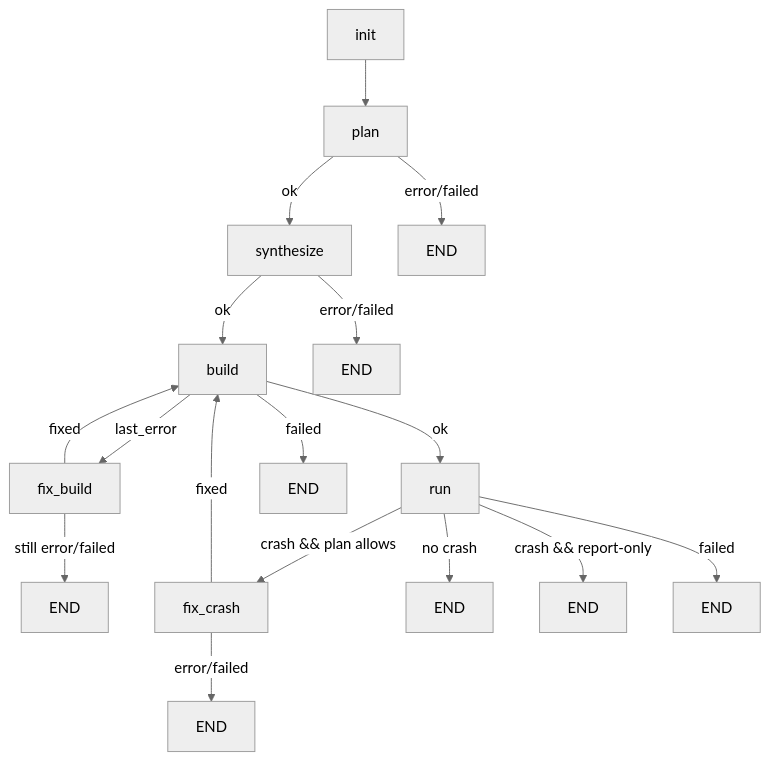
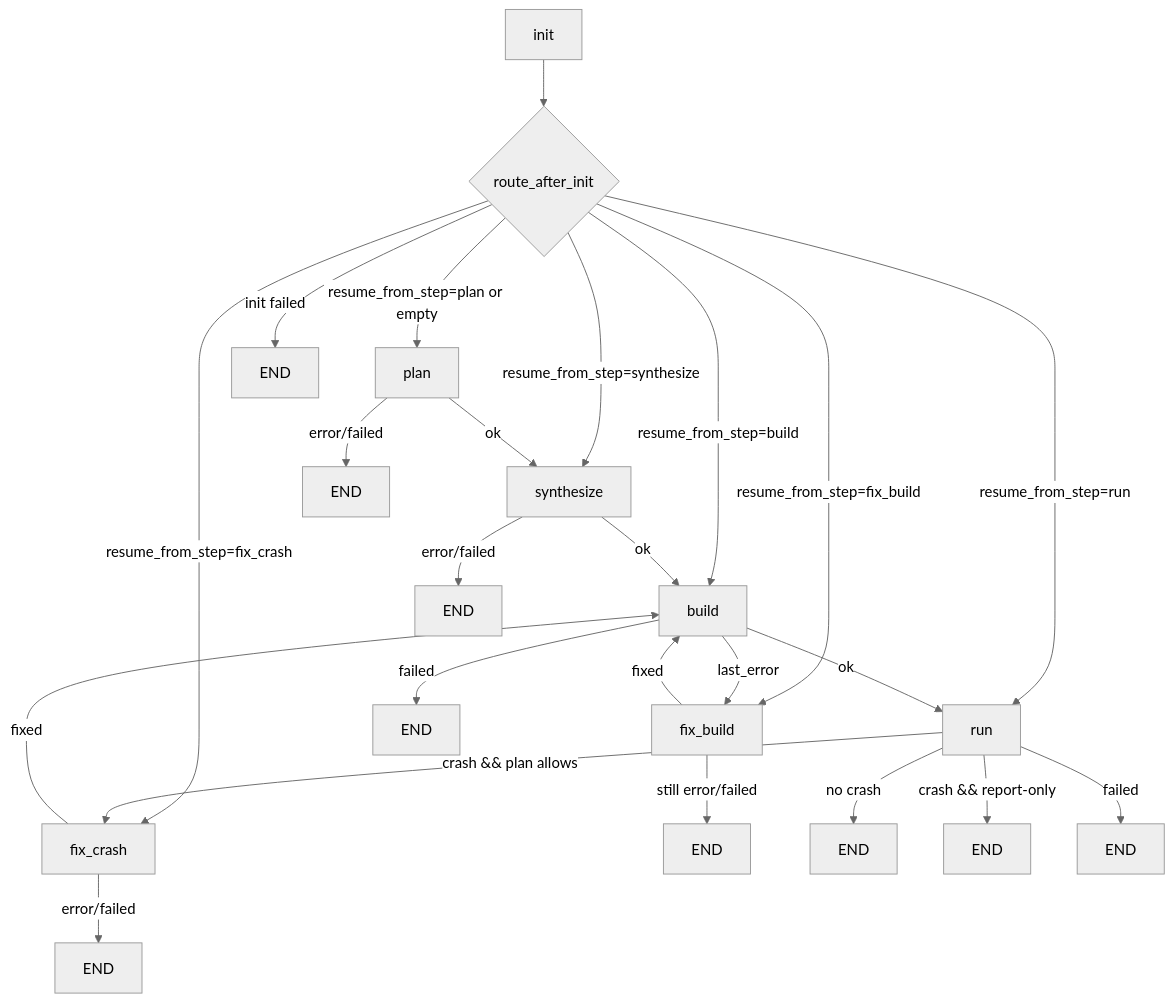
The fifth of 12 diagrams in README.md (ZUENS2020/Sherpa), drawn with Mermaid (neutral theme) before and after one commit. The commit also changed other lines of this file and 8 other files, not shown here.

````diff
--- a/README.md
+++ b/README.md
@@ -246,24 +267,32 @@
 ```mermaid
 flowchart TD
-  I["init"] --> P["plan"]
+  I["init"] --> R0{"route_after_init"}
+  R0 -->|"resume_from_step=plan or empty"| P["plan"]
+  R0 -->|"resume_from_step=synthesize"| S["synthesize"]
+  R0 -->|"resume_from_step=build"| B["build"]
+  R0 -->|"resume_from_step=fix_build"| FB["fix_build"]
+  R0 -->|"resume_from_step=run"| R["run"]
+  R0 -->|"resume_from_step=fix_crash"| FC["fix_crash"]
+  R0 -->|"init failed"| E0["END"]
+
   P -->|"ok"| S["synthesize"]
   P -->|"error/failed"| E1["END"]
 
   S -->|"ok"| B["build"]
   S -->|"error/failed"| E2["END"]
 
   B -->|"ok"| R["run"]
   B -->|"last_error"| FB["fix_build"]
   B -->|"failed"| E3["END"]
 
   FB -->|"fixed"| B
   FB -->|"still error/failed"| E4["END"]
 
   R -->|"crash && plan allows"| FC["fix_crash"]
   R -->|"no crash"| E5["END"]
   R -->|"crash && report-only"| E6["END"]
   R -->|"failed"| E7["END"]
 
   FC -->|"fixed"| B
   FC -->|"error/failed"| E8["END"]
 ```
````
